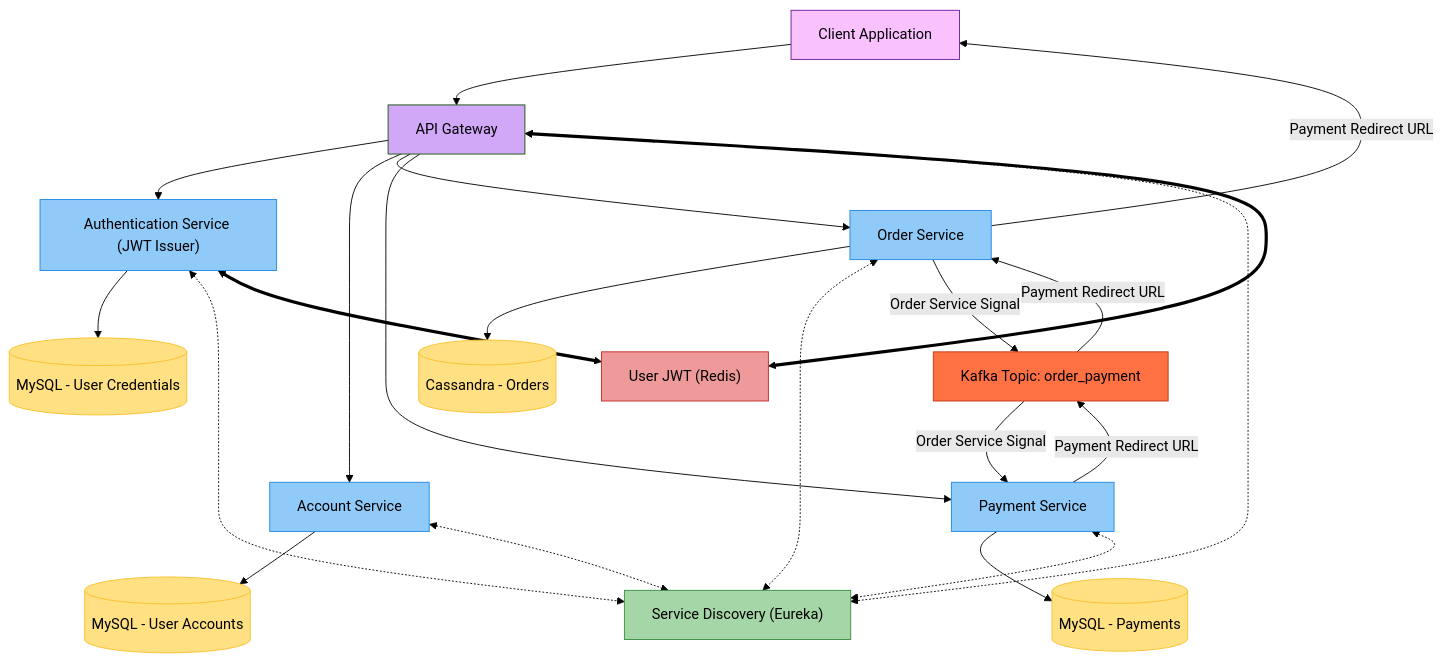
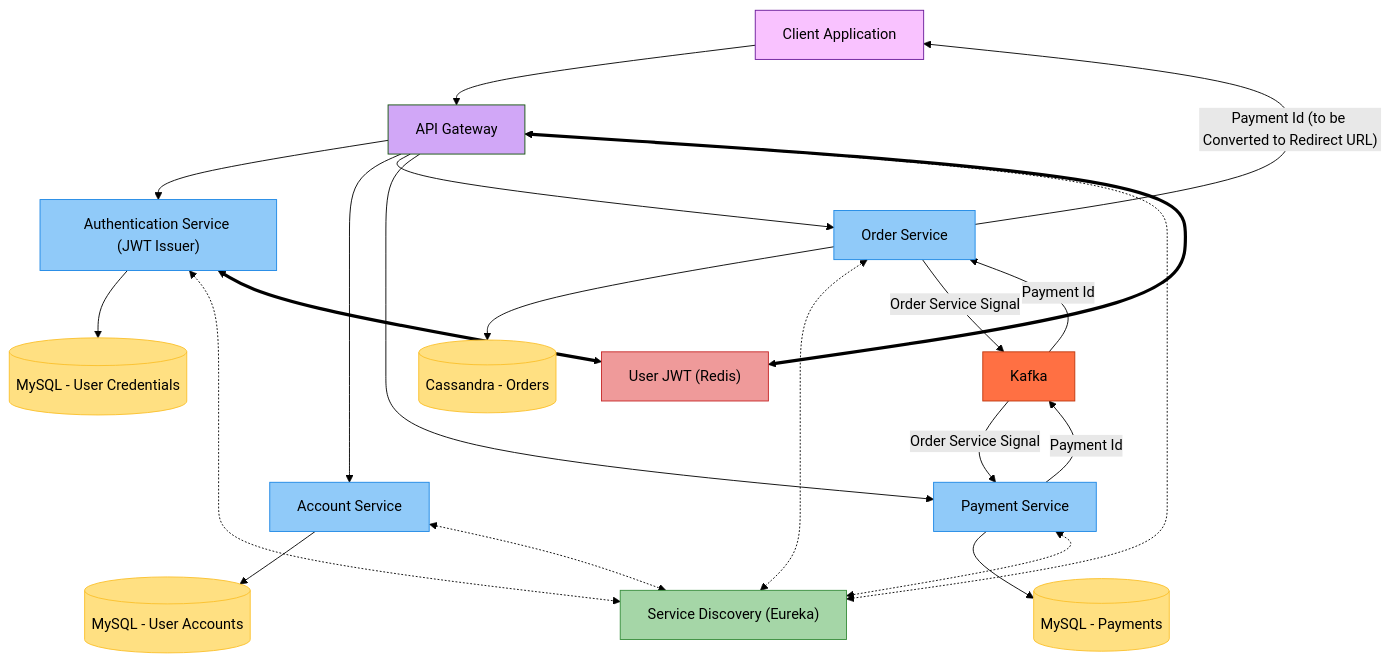
One commit to EricYoung37/sMall changed the diagram in README.md. Above: the diagram before and after it, drawn with Mermaid (forest theme). The commit also changed other lines of this file and 31 other files, not shown here.

````diff
--- a/README.md
+++ b/README.md
@@ -6,48 +6,48 @@
 ```mermaid
 graph TD
     ClientApp[Client Application] --> APIGateway[API Gateway]
 
     APIGateway --> AuthService["Authentication Service (JWT Issuer)"]
     APIGateway --> AccountService[Account Service]
     APIGateway --> OrderService[Order Service]
     APIGateway --> PaymentService[Payment Service]
     
-    OrderService -- Payment Redirect URL --> ClientApp
+    OrderService -- "Payment Id (to be Converted to Redirect URL)" --> ClientApp
     
     AccountService --> MySQL_Accounts[(MySQL - User Accounts)]
     AuthService --> MySQL_Credentials[(MySQL - User Credentials)]
     OrderService --> CassandraOrders[(Cassandra - Orders)]
     PaymentService --> MySQL_Payments[(MySQL - Payments)]
     
     AccountService <.-> Eureka["Service Discovery (Eureka)"]
     AuthService <.-> Eureka
     OrderService <.-> Eureka
     PaymentService <.-> Eureka
     APIGateway <.-> Eureka
 
     AuthService <==> Redis["User JWT (Redis)"]
     APIGateway <==> Redis
     
-    OrderService --Order Service Signal--> Kafka[Kafka Topic: order_payment]
-    Kafka -- Order Service Signal --> PaymentService
-    PaymentService -- Payment Redirect URL --> Kafka
-    Kafka -- Payment Redirect URL --> OrderService
+    OrderService --Order Service Signal--> Kafka
+    Kafka --Order Service Signal--> PaymentService
+    PaymentService --Payment Id--> Kafka
+    Kafka --Payment Id--> OrderService
     
     %% Define styles for different categories
     classDef clientApp fill:#f9c2ff,stroke:#6a1b9a;
     classDef apiGateway fill:#d1a7f7;
     classDef services fill:#90caf9,stroke:#1e88e5;
     classDef serviceDiscovery fill:#a5d6a7,stroke:#388e3c;
     classDef kafka fill:#ff7043,stroke:#bf360c;
     classDef redis fill:#ef9a9a,stroke:#c62828;
     classDef databases fill:#ffe082,stroke:#fbc02d;
     
     %% Apply styles
     class ClientApp clientApp;
     class APIGateway apiGateway;
     class AuthService,AccountService,OrderService,PaymentService services;
     class Eureka serviceDiscovery;
     class Kafka kafka;
     class Redis redis;
     class MySQL_Accounts,MySQL_Credentials,CassandraOrders,MySQL_Payments databases;
 ```
````
